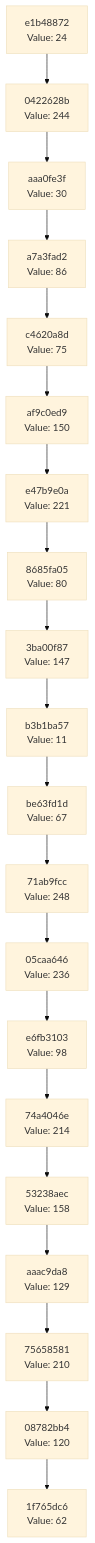
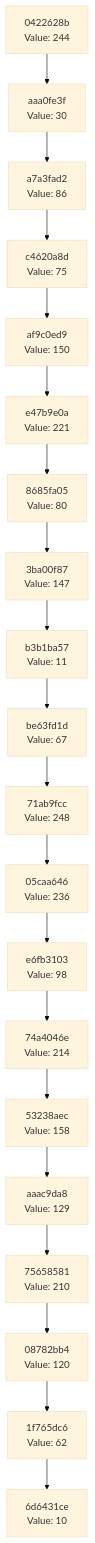
Before and after one commit to Abhisheksinha1506/hash-chain-evolver: the diagram in docs/CHAIN_VISUALIZATION.md, drawn with Mermaid (base theme). The commit also changed 3 other files, not shown here.

````diff
--- a/docs/CHAIN_VISUALIZATION.md
+++ b/docs/CHAIN_VISUALIZATION.md
@@ -3,42 +3,42 @@
 ```mermaid
 graph TD
-    C0["1f765dc6<br/>Value: 62"]
-    C1["08782bb4<br/>Value: 120"]
+    C0["6d6431ce<br/>Value: 10"]
+    C1["1f765dc6<br/>Value: 62"]
     C1 --> C0
-    C2["75658581<br/>Value: 210"]
+    C2["08782bb4<br/>Value: 120"]
     C2 --> C1
-    C3["aaac9da8<br/>Value: 129"]
+    C3["75658581<br/>Value: 210"]
     C3 --> C2
-    C4["53238aec<br/>Value: 158"]
+    C4["aaac9da8<br/>Value: 129"]
     C4 --> C3
-    C5["74a4046e<br/>Value: 214"]
+    C5["53238aec<br/>Value: 158"]
     C5 --> C4
-    C6["e6fb3103<br/>Value: 98"]
+    C6["74a4046e<br/>Value: 214"]
     C6 --> C5
-    C7["05caa646<br/>Value: 236"]
+    C7["e6fb3103<br/>Value: 98"]
     C7 --> C6
-    C8["71ab9fcc<br/>Value: 248"]
+    C8["05caa646<br/>Value: 236"]
     C8 --> C7
-    C9["be63fd1d<br/>Value: 67"]
+    C9["71ab9fcc<br/>Value: 248"]
     C9 --> C8
-    C10["b3b1ba57<br/>Value: 11"]
+    C10["be63fd1d<br/>Value: 67"]
     C10 --> C9
-    C11["3ba00f87<br/>Value: 147"]
+    C11["b3b1ba57<br/>Value: 11"]
     C11 --> C10
-    C12["8685fa05<br/>Value: 80"]
+    C12["3ba00f87<br/>Value: 147"]
     C12 --> C11
-    C13["e47b9e0a<br/>Value: 221"]
+    C13["8685fa05<br/>Value: 80"]
     C13 --> C12
-    C14["af9c0ed9<br/>Value: 150"]
+    C14["e47b9e0a<br/>Value: 221"]
     C14 --> C13
-    C15["c4620a8d<br/>Value: 75"]
+    C15["af9c0ed9<br/>Value: 150"]
     C15 --> C14
-    C16["a7a3fad2<br/>Value: 86"]
+    C16["c4620a8d<br/>Value: 75"]
     C16 --> C15
-    C17["aaa0fe3f<br/>Value: 30"]
+    C17["a7a3fad2<br/>Value: 86"]
     C17 --> C16
-    C18["0422628b<br/>Value: 244"]
+    C18["aaa0fe3f<br/>Value: 30"]
     C18 --> C17
-    C19["e1b48872<br/>Value: 24"]
+    C19["0422628b<br/>Value: 244"]
     C19 --> C18
 ```
````
